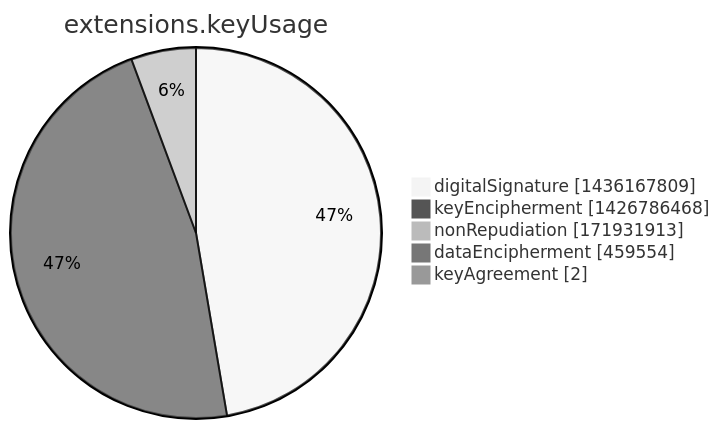
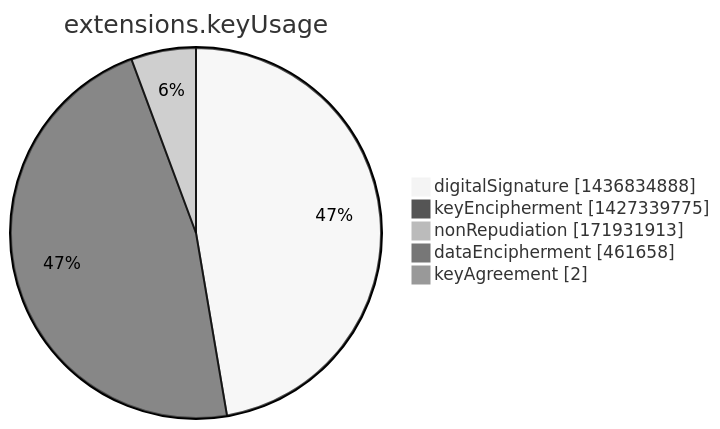
Before and after one commit to christiankrug/ctmonitor_visualization: the seventh of 15 diagrams in argon2022/README.md, drawn with Mermaid (neutral theme). The commit also changed other lines of this file, not shown here.

````diff
--- a/argon2022/README.md
+++ b/argon2022/README.md
@@ -2751,9 +2751,9 @@
 ```mermaid
 pie showData
 title extensions.keyUsage
-"digitalSignature" :1436167809
-"keyEncipherment" :1426786468
+"digitalSignature" :1436834888
+"keyEncipherment" :1427339775
 "nonRepudiation" :171931913
-"dataEncipherment" :459554
+"dataEncipherment" :461658
 "keyAgreement" :2
 ```
````
